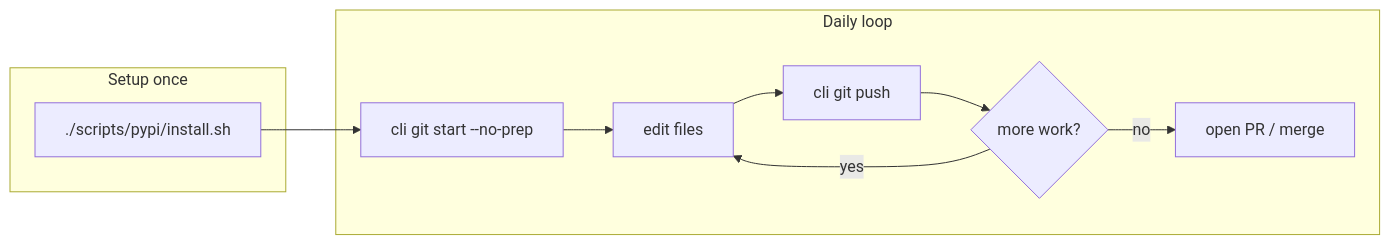
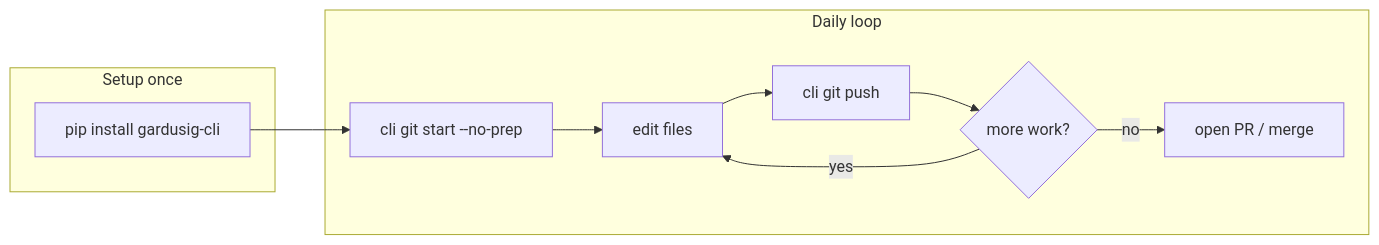
The second of 7 diagrams in docs/workflows.md (gardusig/cli), drawn with Mermaid before and after one commit. The commit also changed other lines of this file and 241 other files, not shown here.

````diff
--- a/docs/workflows.md
+++ b/docs/workflows.md
@@ -122,19 +122,19 @@
 ```mermaid
 flowchart LR
     subgraph setup [Setup once]
-        A["./scripts/pypi/install.sh"]
+        A["pip install gardusig-cli"]
     end
 
     subgraph daily [Daily loop]
         C["cli git start --no-prep"]
         D["edit files"]
         E["cli git push"]
         F{"more work?"}
         G["open PR / merge"]
         C --> D --> E --> F
         F -->|yes| D
         F -->|no| G
     end
 
     A --> C
 ```
````
